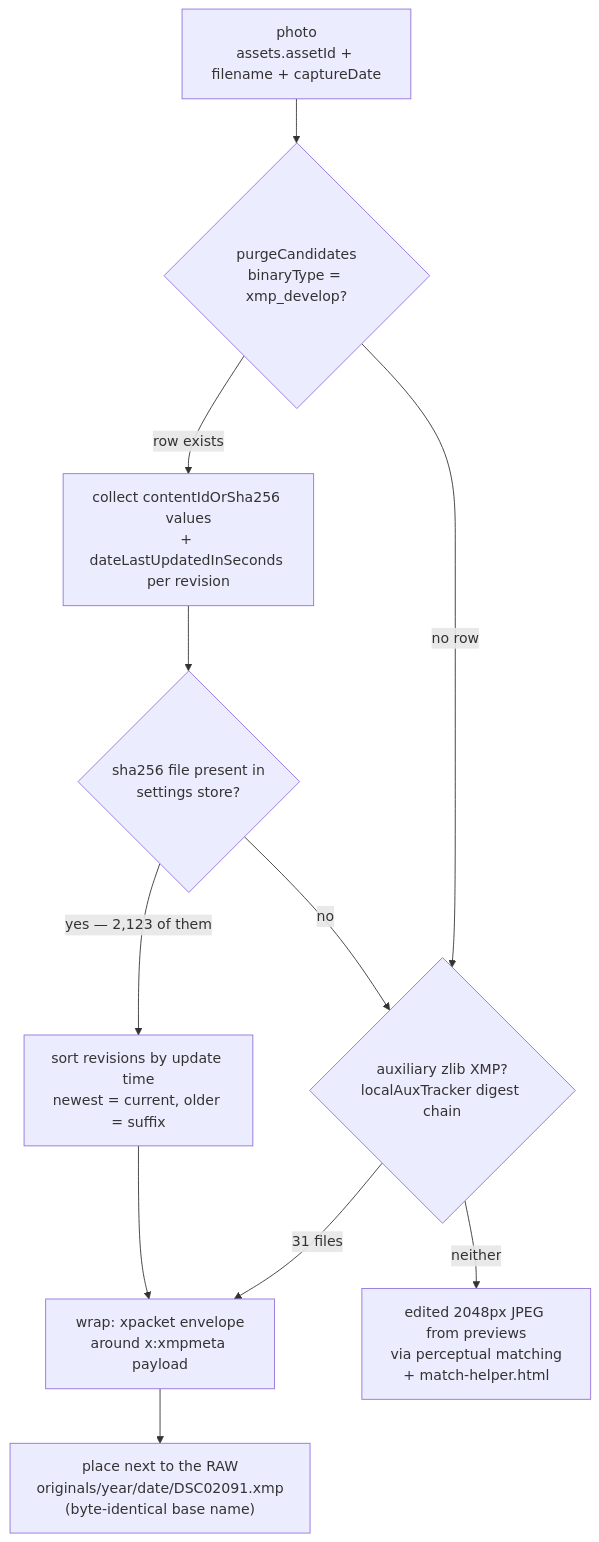
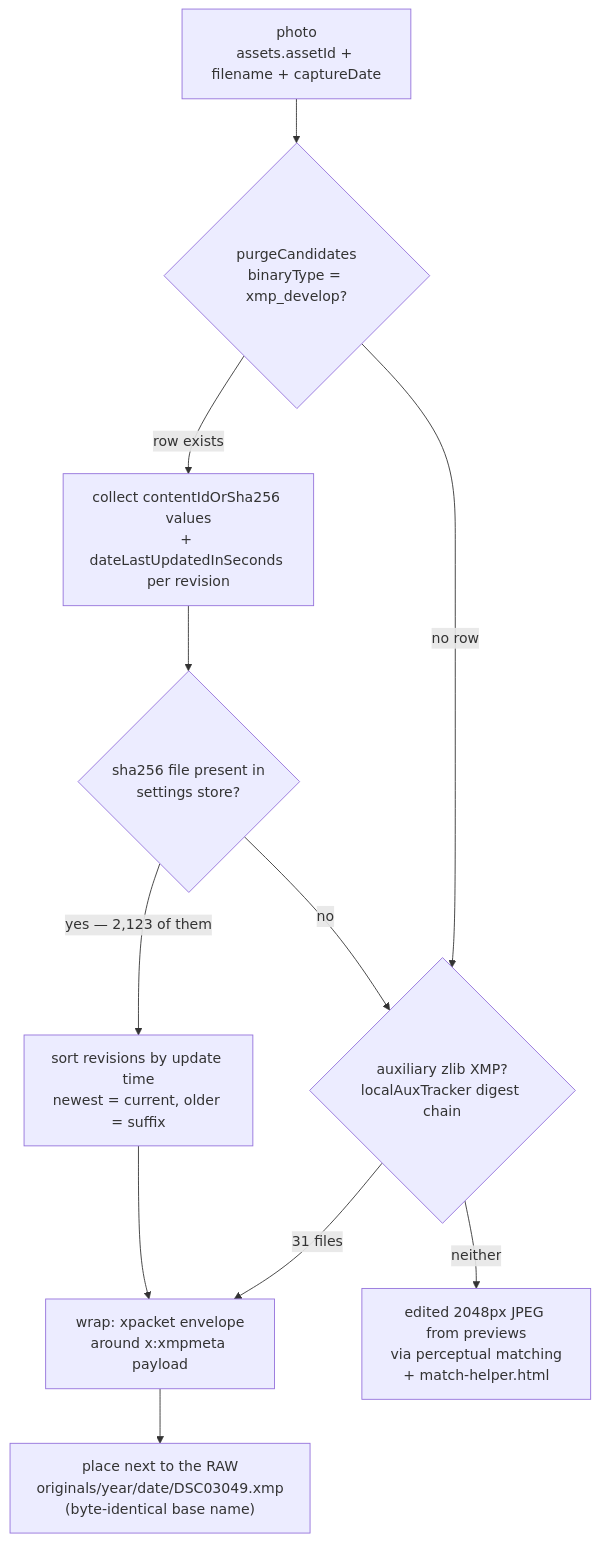
One commit to byronwai/lightroom-recovery changed the fifth of 8 diagrams in docs/diagrams.md. Above: the diagram before and after it, drawn with Mermaid. The commit also changed other lines of this file and 31 other files, not shown here.

First line of the commit message:
diagrams.md: use DSC03049 for every example; fix figure layouts

````diff
--- a/docs/diagrams.md
+++ b/docs/diagrams.md
@@ -257,13 +257,13 @@
 ```mermaid
 flowchart TB
     A["photo<br/>assets.assetId + filename + captureDate"] --> B{"purgeCandidates<br/>binaryType = xmp_develop?"}
     B -->|"row exists"| C["collect contentIdOrSha256 values<br/>+ dateLastUpdatedInSeconds per revision"]
     C --> D{"sha256 file present in<br/>settings store?"}
     D -->|"yes — 2,123 of them"| E["sort revisions by update time<br/>newest = current, older = suffix"]
     E --> F["wrap: xpacket envelope<br/>around x:xmpmeta payload"]
-    F --> G["place next to the RAW<br/>originals/year/date/DSC02091.xmp<br/>(byte-identical base name)"]
+    F --> G["place next to the RAW<br/>originals/year/date/DSC03049.xmp<br/>(byte-identical base name)"]
     B -->|"no row"| H{"auxiliary zlib XMP?<br/>localAuxTracker digest chain"}
     H -->|"31 files"| F
     D -->|"no"| H
     H -->|"neither"| I["edited 2048px JPEG from previews<br/>via perceptual matching<br/>+ match-helper.html"]
 ```
````
